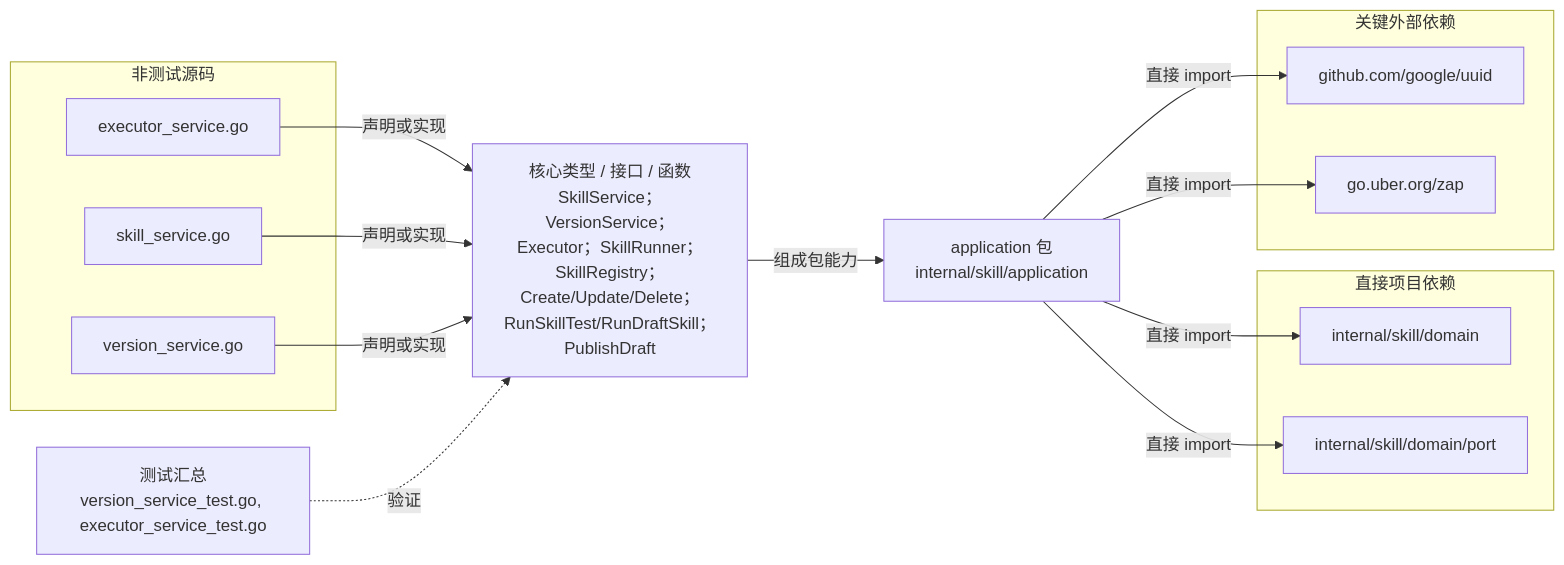
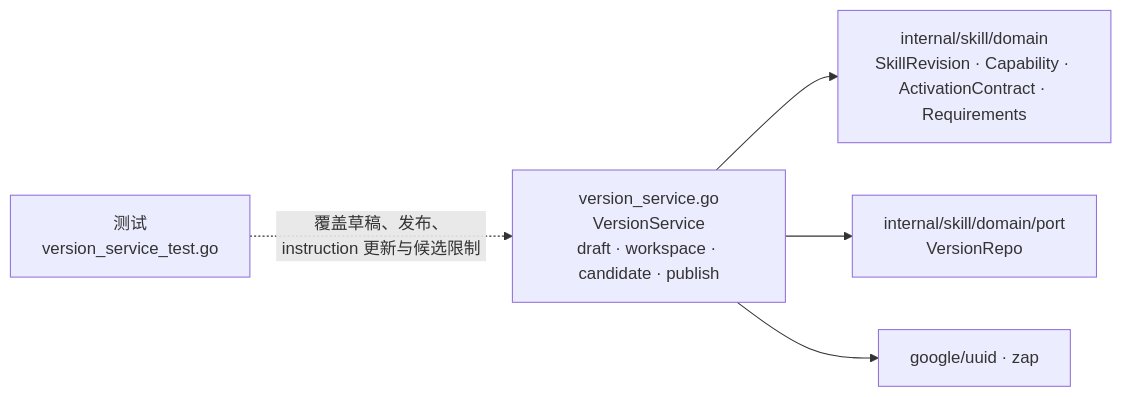
The diagram in docs/go-package-architecture/internal-skill-application.md (ArchChuan/Stratum), drawn with Mermaid before and after one commit. The commit also changed other lines of this file and 26 other files, not shown here.

````diff
--- a/docs/go-package-architecture/internal-skill-application.md
+++ b/docs/go-package-architecture/internal-skill-application.md
@@ -7,28 +7,12 @@
 ```mermaid
 flowchart LR
-  pkg["application 包<br/>internal/skill/application"]
-  api["核心类型 / 接口 / 函数<br/>SkillService；VersionService；Executor；SkillRunner；SkillRegistry；Create/Update/Delete；RunSkillTest/RunDraftSkill；PublishDraft"]
-  subgraph source[非测试源码]
-    f0["executor_service.go"]
-    f1["skill_service.go"]
-    f2["version_service.go"]
-  end
-  f0 -->|声明或实现| api
-  f1 -->|声明或实现| api
-  f2 -->|声明或实现| api
-  api -->|组成包能力| pkg
-  subgraph projectdeps[直接项目依赖]
-    pd0["internal/skill/domain"]
-    pd1["internal/skill/domain/port"]
-  end
-  pkg -->|直接 import| pd0
-  pkg -->|直接 import| pd1
-  subgraph external[关键外部依赖]
-    ex0["github.com/google/uuid"]
-    ex1["go.uber.org/zap"]
-  end
-  pkg -->|直接 import| ex0
-  pkg -->|直接 import| ex1
-  tests["测试汇总<br/>version_service_test.go, executor_service_test.go"]
-  tests -.->|验证| api
+  svc["version_service.go<br/>VersionService<br/>draft · workspace · candidate · publish"]
+  domain["internal/skill/domain<br/>SkillRevision · Capability · ActivationContract · Requirements"]
+  ports["internal/skill/domain/port<br/>VersionRepo"]
+  ext["google/uuid · zap"]
+  tests["测试<br/>version_service_test.go"]
+  svc --> domain
+  svc --> ports
+  svc --> ext
+  tests -.覆盖草稿、发布、instruction 更新与候选限制.-> svc
 ```
````
